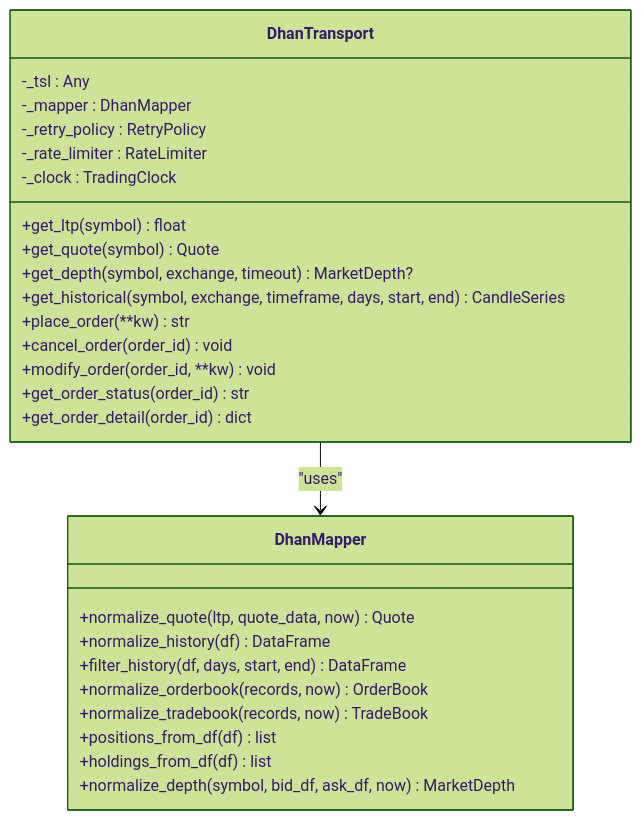
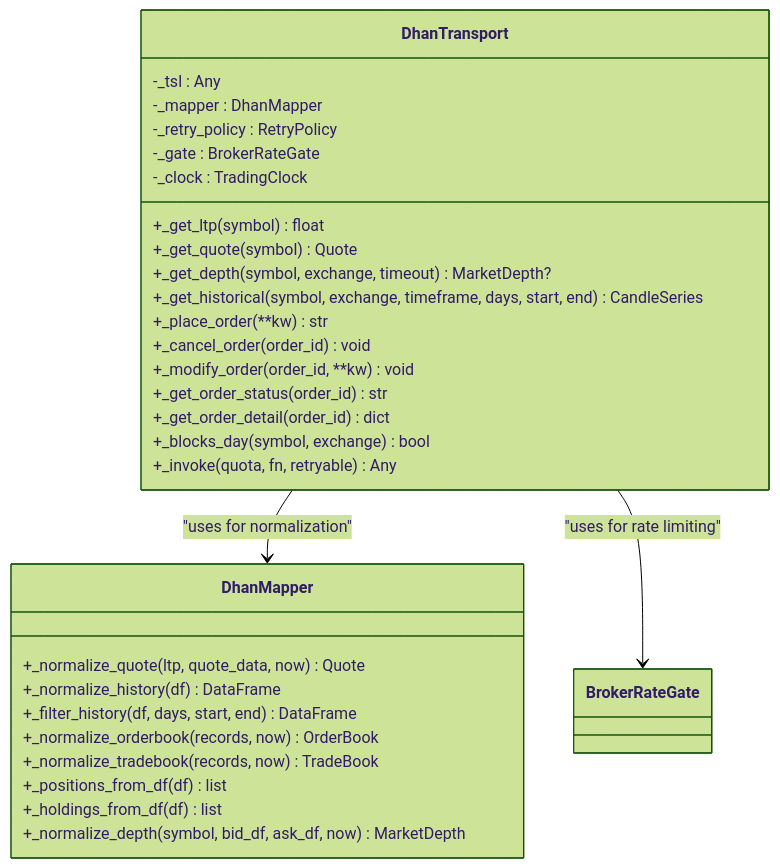
Before and after one commit to Ganesh-Kusundal/nTrade: the eighth of 14 diagrams in .qoder/repowiki/en/content/Broker Integration/Dhan Broker Implementation.md, drawn with Mermaid (forest theme). The commit also changed other lines of this file and 203 other files, not shown here.

First line of the commit message:
review findings sweep: depth retry, LTP failure guard, stale-refresh fix, rate-gate blocked heuristic

````diff
--- a/.qoder/repowiki/en/content/Broker Integration/Dhan Broker Implementation.md
+++ b/.qoder/repowiki/en/content/Broker Integration/Dhan Broker Implementation.md
@@ -208,30 +409,33 @@
 ```mermaid
 classDiagram
 class DhanTransport {
 -_tsl : Any
 -_mapper : DhanMapper
 -_retry_policy : RetryPolicy
--_rate_limiter : RateLimiter
+-_gate : BrokerRateGate
 -_clock : TradingClock
-+get_ltp(symbol) float
-+get_quote(symbol) Quote
-+get_depth(symbol, exchange, timeout) MarketDepth?
-+get_historical(symbol, exchange, timeframe, days, start, end) CandleSeries
-+place_order(**kw) str
-+cancel_order(order_id) void
-+modify_order(order_id, **kw) void
-+get_order_status(order_id) str
-+get_order_detail(order_id) dict
++_get_ltp(symbol) float
++_get_quote(symbol) Quote
++_get_depth(symbol, exchange, timeout) MarketDepth?
++_get_historical(symbol, exchange, timeframe, days, start, end) CandleSeries
++_place_order(**kw) str
++_cancel_order(order_id) void
++_modify_order(order_id, **kw) void
++_get_order_status(order_id) str
++_get_order_detail(order_id) dict
++_blocks_day(symbol, exchange) bool
++_invoke(quota, fn, retryable) Any
 }
 class DhanMapper {
-+normalize_quote(ltp, quote_data, now) Quote
-+normalize_history(df) DataFrame
-+filter_history(df, days, start, end) DataFrame
-+normalize_orderbook(records, now) OrderBook
-+normalize_tradebook(records, now) TradeBook
-+positions_from_df(df) list
-+holdings_from_df(df) list
-+normalize_depth(symbol, bid_df, ask_df, now) MarketDepth
++_normalize_quote(ltp, quote_data, now) Quote
++_normalize_history(df) DataFrame
++_filter_history(df, days, start, end) DataFrame
++_normalize_orderbook(records, now) OrderBook
++_normalize_tradebook(records, now) TradeBook
++_positions_from_df(df) list
++_holdings_from_df(df) list
++_normalize_depth(symbol, bid_df, ask_df, now) MarketDepth
 }
-DhanTransport --> DhanMapper : "uses"
+DhanTransport --> DhanMapper : "uses for normalization"
+DhanTransport --> BrokerRateGate : "uses for rate limiting"
 ```
````
